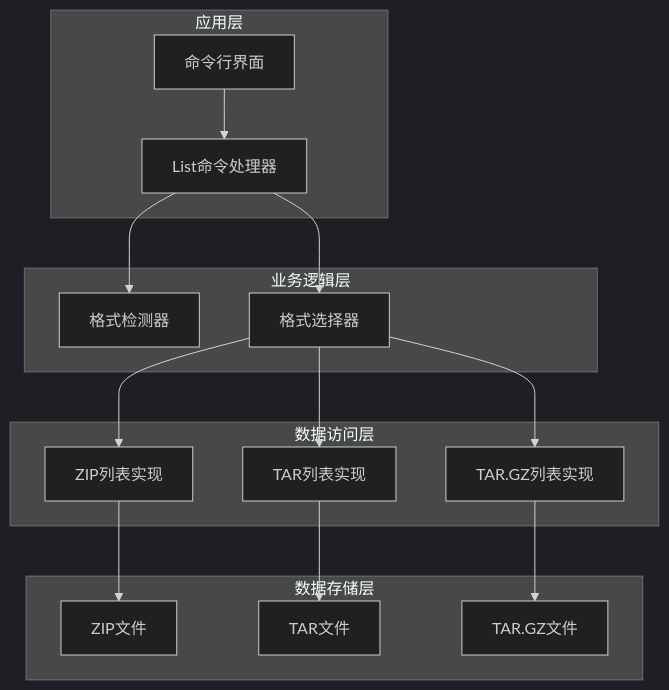
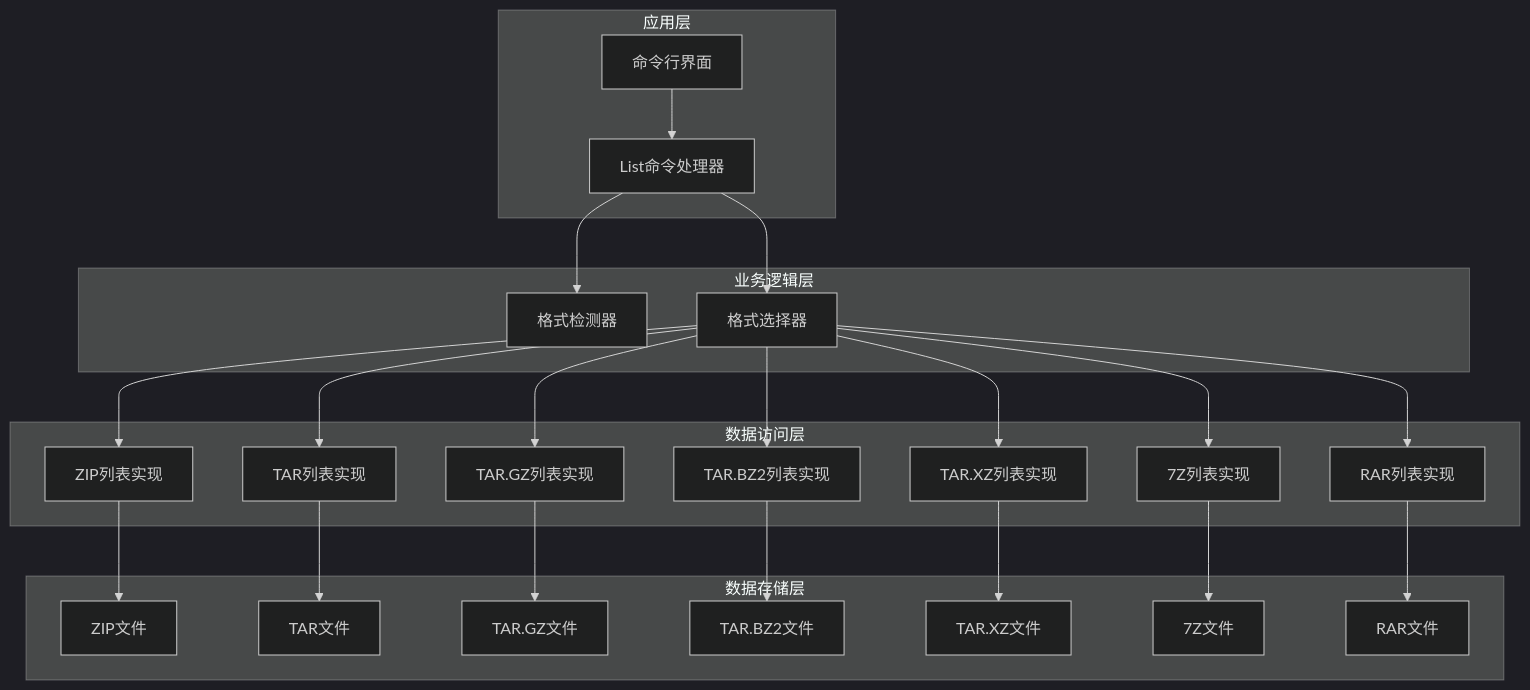
The fourth of 14 diagrams in .qoder/repowiki/zh/content/核心功能实现/列表功能实现.md (zhangjiacai-hub/myArchive), drawn with Mermaid (dark theme) before and after one commit. The commit also changed other lines of this file and 6 other files, not shown here.

````diff
--- a/.qoder/repowiki/zh/content/核心功能实现/列表功能实现.md
+++ b/.qoder/repowiki/zh/content/核心功能实现/列表功能实现.md
@@ -140,30 +189,46 @@
 ```mermaid
 graph TB
 subgraph "应用层"
 CLI[命令行界面]
 LIST[List命令处理器]
 end
 subgraph "业务逻辑层"
 DETECT[格式检测器]
 FORMAT[格式选择器]
 end
 subgraph "数据访问层"
 ZIP_LIST[ZIP列表实现]
 TAR_LIST[TAR列表实现]
 TAR_GZ_LIST[TAR.GZ列表实现]
+TAR_BZ2_LIST[TAR.BZ2列表实现]
+TAR_XZ_LIST[TAR.XZ列表实现]
+SEVEN_Z_LIST[7Z列表实现]
+RAR_LIST[RAR列表实现]
 end
 subgraph "数据存储层"
 ZIP_FILE[ZIP文件]
 TAR_FILE[TAR文件]
 TAR_GZ_FILE[TAR.GZ文件]
+TAR_BZ2_FILE[TAR.BZ2文件]
+TAR_XZ_FILE[TAR.XZ文件]
+SEVEN_Z_FILE[7Z文件]
+RAR_FILE[RAR文件]
 end
 CLI --> LIST
 LIST --> DETECT
 LIST --> FORMAT
 FORMAT --> ZIP_LIST
 FORMAT --> TAR_LIST
 FORMAT --> TAR_GZ_LIST
+FORMAT --> TAR_BZ2_LIST
+FORMAT --> TAR_XZ_LIST
+FORMAT --> SEVEN_Z_LIST
+FORMAT --> RAR_LIST
 ZIP_LIST --> ZIP_FILE
 TAR_LIST --> TAR_FILE
 TAR_GZ_LIST --> TAR_GZ_FILE
+TAR_BZ2_LIST --> TAR_BZ2_FILE
+TAR_XZ_LIST --> TAR_XZ_FILE
+SEVEN_Z_LIST --> SEVEN_Z_FILE
+RAR_LIST --> RAR_FILE
 ```
````
